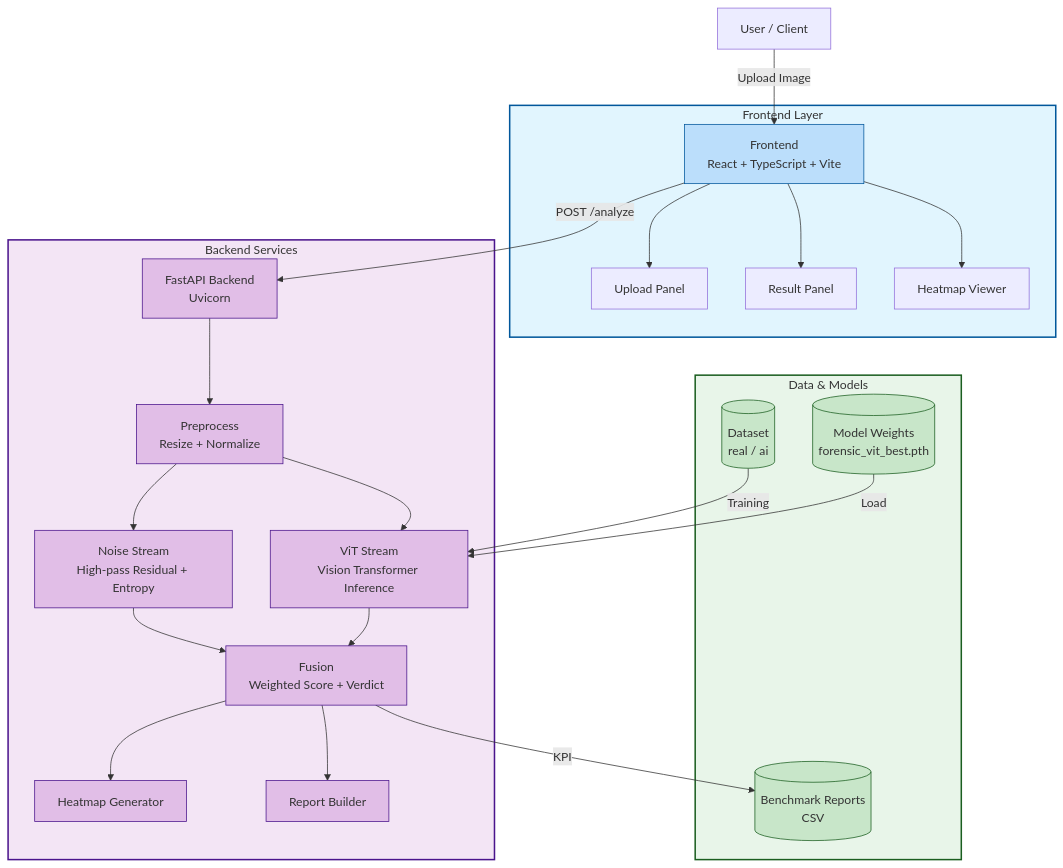
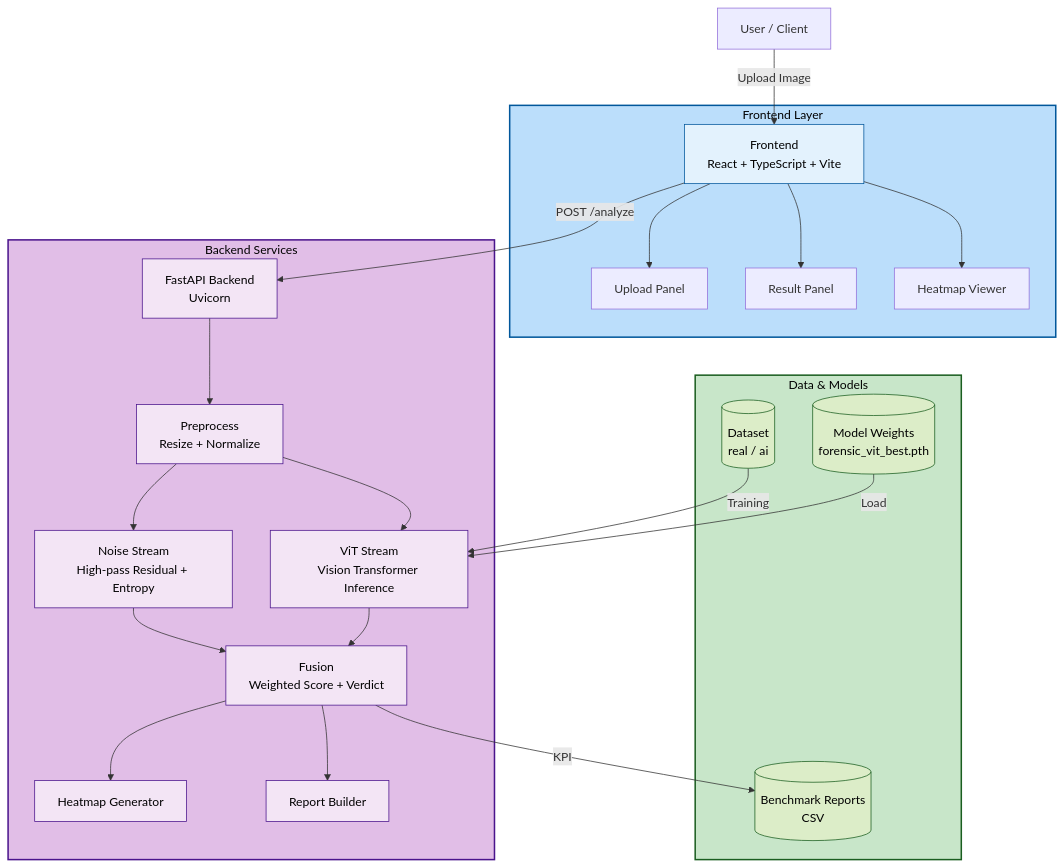
One commit to Mohid-Abbas/forensi-check changed the diagram in README.md. Above: the diagram before and after it, drawn with Mermaid.

````diff
--- a/README.md
+++ b/README.md
@@ -7,50 +7,50 @@
 ```mermaid
 flowchart TD
     A[User / Client] -->|Upload Image| B[Frontend<br/>React + TypeScript + Vite]
     B -->|POST /analyze| C[FastAPI Backend<br/>Uvicorn]
     
     subgraph Frontend [Frontend Layer]
         B
         B1[Upload Panel]
         B2[Result Panel]
         B3[Heatmap Viewer]
         B --> B1
         B --> B2
         B --> B3
     end
     
     subgraph Backend [Backend Services]
         C --> D[Preprocess<br/>Resize + Normalize]
         D --> E[Noise Stream<br/>High-pass Residual + Entropy]
         D --> F[ViT Stream<br/>Vision Transformer Inference]
         E --> G[Fusion<br/>Weighted Score + Verdict]
         F --> G
         G --> H[Heatmap Generator]
         G --> I[Report Builder]
     end
     
     subgraph Data [Data & Models]
         J[(Dataset<br/>real / ai)]
         K[(Model Weights<br/>forensic_vit_best.pth)]
         L[(Benchmark Reports<br/>CSV)]
     end
     
     J -->|Training| F
     K -->|Load| F
     G -->|KPI| L
     
-    style Frontend fill:#e1f5fe,stroke:#01579b,stroke-width:2px
-    style Backend fill:#f3e5f5,stroke:#4a148c,stroke-width:2px
-    style Data fill:#e8f5e9,stroke:#1b5e20,stroke-width:2px
-    style B fill:#bbdefb,stroke:#01579b
-    style C fill:#e1bee7,stroke:#4a148c
-    style D fill:#e1bee7,stroke:#4a148c
-    style E fill:#e1bee7,stroke:#4a148c
-    style F fill:#e1bee7,stroke:#4a148c
-    style G fill:#e1bee7,stroke:#4a148c
-    style H fill:#e1bee7,stroke:#4a148c
-    style I fill:#e1bee7,stroke:#4a148c
-    style J fill:#c8e6c9,stroke:#1b5e20
-    style K fill:#c8e6c9,stroke:#1b5e20
-    style L fill:#c8e6c9,stroke:#1b5e20
+    style Frontend fill:#bbdefb,stroke:#01579b,stroke-width:2px,color:#000000
+    style Backend fill:#e1bee7,stroke:#4a148c,stroke-width:2px,color:#000000
+    style Data fill:#c8e6c9,stroke:#1b5e20,stroke-width:2px,color:#000000
+    style B fill:#e3f2fd,stroke:#01579b,color:#000000
+    style C fill:#f3e5f5,stroke:#4a148c,color:#000000
+    style D fill:#f3e5f5,stroke:#4a148c,color:#000000
+    style E fill:#f3e5f5,stroke:#4a148c,color:#000000
+    style F fill:#f3e5f5,stroke:#4a148c,color:#000000
+    style G fill:#f3e5f5,stroke:#4a148c,color:#000000
+    style H fill:#f3e5f5,stroke:#4a148c,color:#000000
+    style I fill:#f3e5f5,stroke:#4a148c,color:#000000
+    style J fill:#dcedc8,stroke:#1b5e20,color:#000000
+    style K fill:#dcedc8,stroke:#1b5e20,color:#000000
+    style L fill:#dcedc8,stroke:#1b5e20,color:#000000
 ```
````
